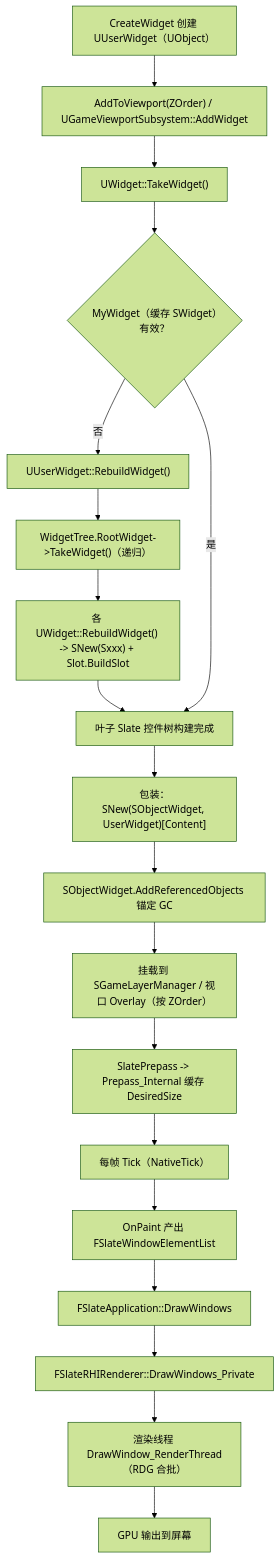
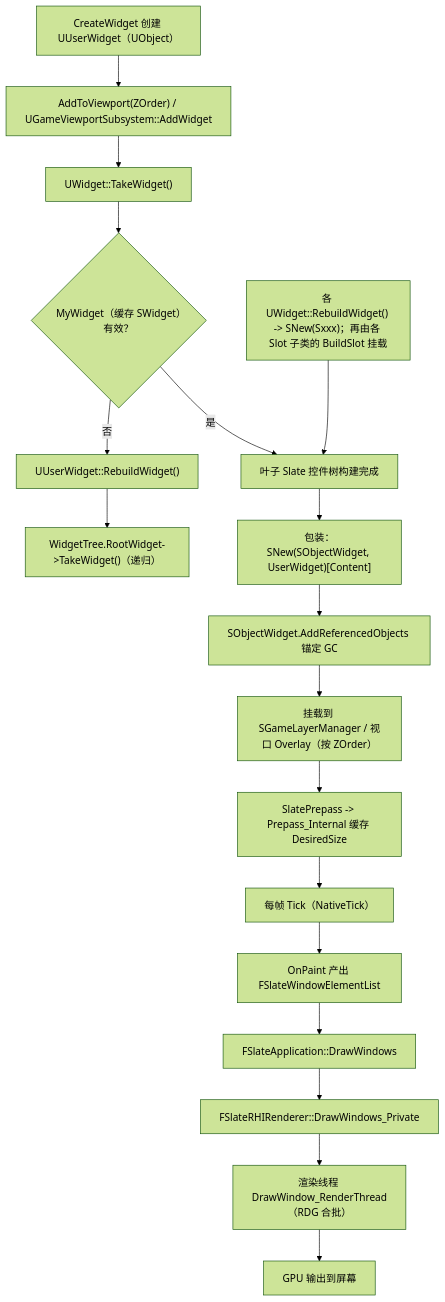
One commit to fantuan812/learning changed the first of 3 diagrams in 游戏知识/12-引擎源码分析/14-UMG与Slate源码.md. Above: the diagram before and after it, drawn with Mermaid (forest theme). The commit also changed other lines of this file and 264 other files, not shown here.

````diff
--- a/游戏知识/12-引擎源码分析/14-UMG与Slate源码.md
+++ b/游戏知识/12-引擎源码分析/14-UMG与Slate源码.md
@@ -863,21 +1736,21 @@
 ```mermaid
 flowchart TB
     A["CreateWidget 创建 UUserWidget（UObject）"] --> B["AddToViewport(ZOrder) / UGameViewportSubsystem::AddWidget"]
     B --> C["UWidget::TakeWidget()"]
     C --> D{"MyWidget（缓存 SWidget）有效？"}
     D -- "否" --> E["UUserWidget::RebuildWidget()"]
     E --> F["WidgetTree.RootWidget->TakeWidget()（递归）"]
-    F --> G["各 UWidget::RebuildWidget() -> SNew(Sxxx) + Slot.BuildSlot"]
+    G["各 UWidget::RebuildWidget() -> SNew(Sxxx)；再由各 Slot 子类的 BuildSlot 挂载"]
     G --> H["叶子 Slate 控件树构建完成"]
     D -- "是" --> H
     H --> I["包装：SNew(SObjectWidget, UserWidget)[Content]"]
     I --> J["SObjectWidget.AddReferencedObjects 锚定 GC"]
     J --> K["挂载到 SGameLayerManager / 视口 Overlay（按 ZOrder）"]
     K --> L["SlatePrepass -> Prepass_Internal 缓存 DesiredSize"]
     L --> M["每帧 Tick（NativeTick）"]
     M --> N["OnPaint 产出 FSlateWindowElementList"]
     N --> O["FSlateApplication::DrawWindows"]
     O --> P["FSlateRHIRenderer::DrawWindows_Private"]
     P --> Q["渲染线程 DrawWindow_RenderThread（RDG 合批）"]
     Q --> R["GPU 输出到屏幕"]
 ```
````
